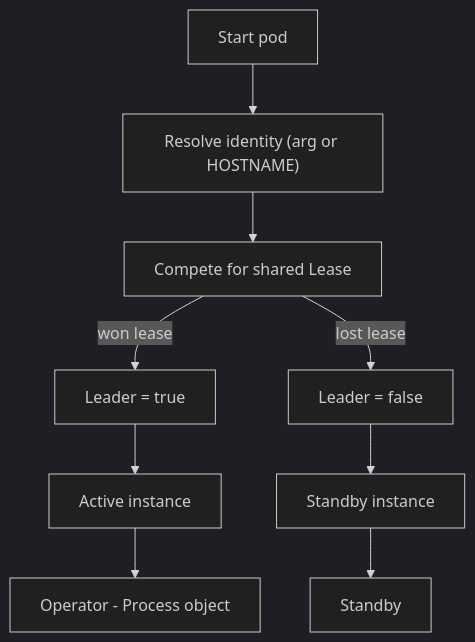
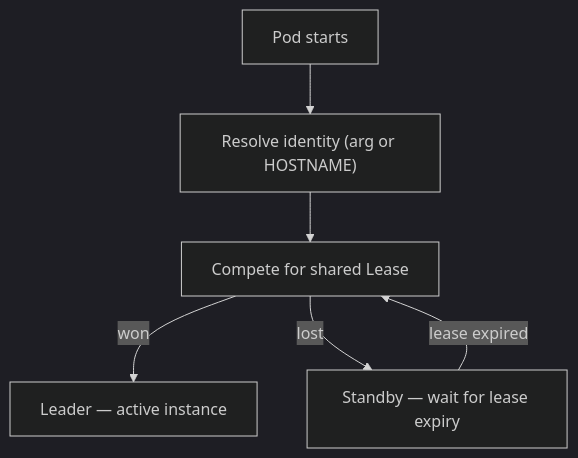
The fifth of 5 diagrams in README.md (sanketsudake/k8s-operator-leader-election), drawn with Mermaid (dark theme) before and after one commit. The commit also changed other lines of this file and 10 other files, not shown here.

````diff
--- a/README.md
+++ b/README.md
@@ -52,11 +78,8 @@
 ```mermaid
 flowchart TD
-    A[Start pod] --> B["Resolve identity (arg or HOSTNAME)"]
+    A[Pod starts] --> B["Resolve identity (arg or HOSTNAME)"]
     B --> C[Compete for shared Lease]
-    C -->|won lease| D[Leader = true]
-    C -->|lost lease| E[Leader = false]
-    D --> F[Active instance]
-    E --> G[Standby instance]
-    F --> H[Operator - Process object]
-    G --> I[Standby]
+    C -->|won| D[Leader — active instance]
+    C -->|lost| E[Standby — wait for lease expiry]
+    E -->|lease expired| C
 ```
````
